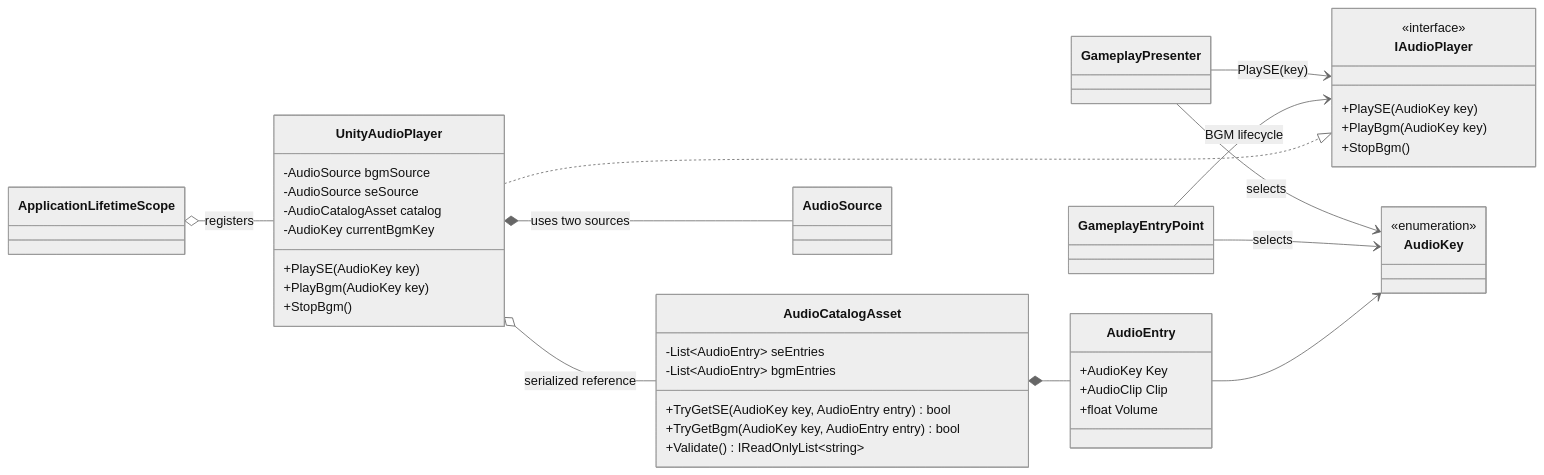
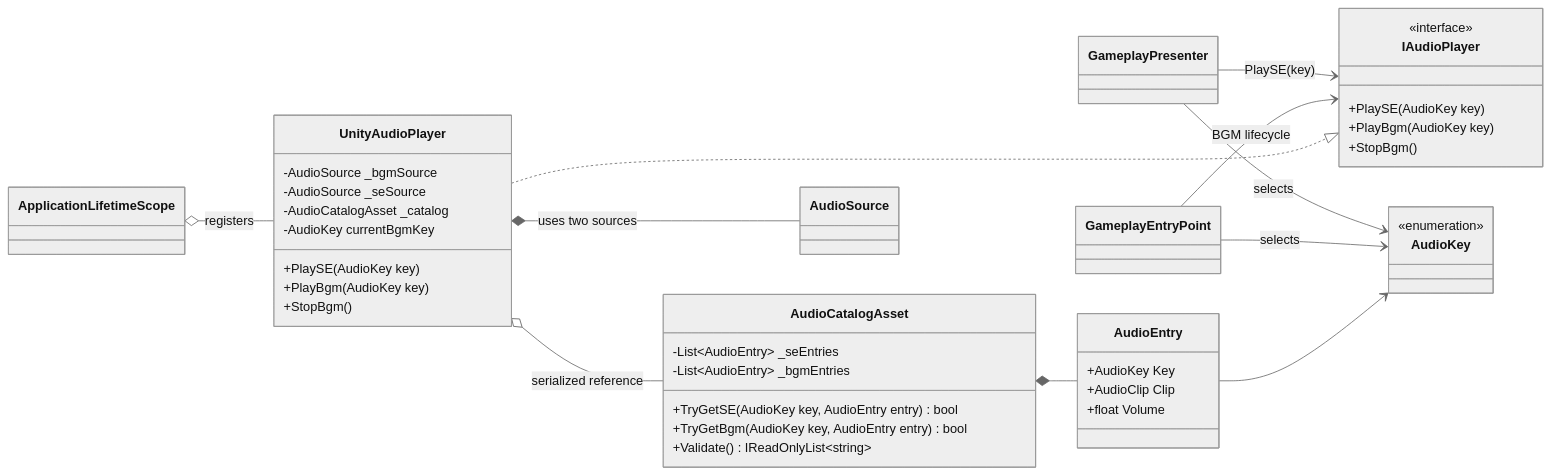
One commit to MicomProcedure/change-change-change changed the first of 3 diagrams in docs/architecture/infrastructure/audio.md. Above: the diagram before and after it, drawn with Mermaid (neutral theme). The commit also changed other lines of this file and 11 other files, not shown here.

````diff
--- a/docs/architecture/infrastructure/audio.md
+++ b/docs/architecture/infrastructure/audio.md
@@ -53,49 +54,49 @@
 ```mermaid
 classDiagram
 direction LR
 
 class GameplayPresenter
 class GameplayEntryPoint
 class AudioKey {
   <<enumeration>>
 }
 class IAudioPlayer {
   <<interface>>
   +PlaySE(AudioKey key)
   +PlayBgm(AudioKey key)
   +StopBgm()
 }
 class UnityAudioPlayer {
-  -AudioSource bgmSource
-  -AudioSource seSource
-  -AudioCatalogAsset catalog
+  -AudioSource _bgmSource
+  -AudioSource _seSource
+  -AudioCatalogAsset _catalog
   -AudioKey currentBgmKey
   +PlaySE(AudioKey key)
   +PlayBgm(AudioKey key)
   +StopBgm()
 }
 class AudioCatalogAsset {
-  -List~AudioEntry~ seEntries
-  -List~AudioEntry~ bgmEntries
+  -List~AudioEntry~ _seEntries
+  -List~AudioEntry~ _bgmEntries
   +TryGetSE(AudioKey key, AudioEntry entry) bool
   +TryGetBgm(AudioKey key, AudioEntry entry) bool
   +Validate() IReadOnlyList~string~
 }
 class AudioEntry {
   +AudioKey Key
   +AudioClip Clip
   +float Volume
 }
 class ApplicationLifetimeScope
 
 GameplayPresenter --> IAudioPlayer : PlaySE(key)
 GameplayEntryPoint --> IAudioPlayer : BGM lifecycle
 GameplayPresenter --> AudioKey : selects
 GameplayEntryPoint --> AudioKey : selects
 UnityAudioPlayer ..|> IAudioPlayer
 UnityAudioPlayer o-- AudioCatalogAsset : serialized reference
 UnityAudioPlayer *-- AudioSource : uses two sources
 AudioCatalogAsset *-- AudioEntry
 AudioEntry --> AudioKey
 ApplicationLifetimeScope o-- UnityAudioPlayer : registers
 ```
````
